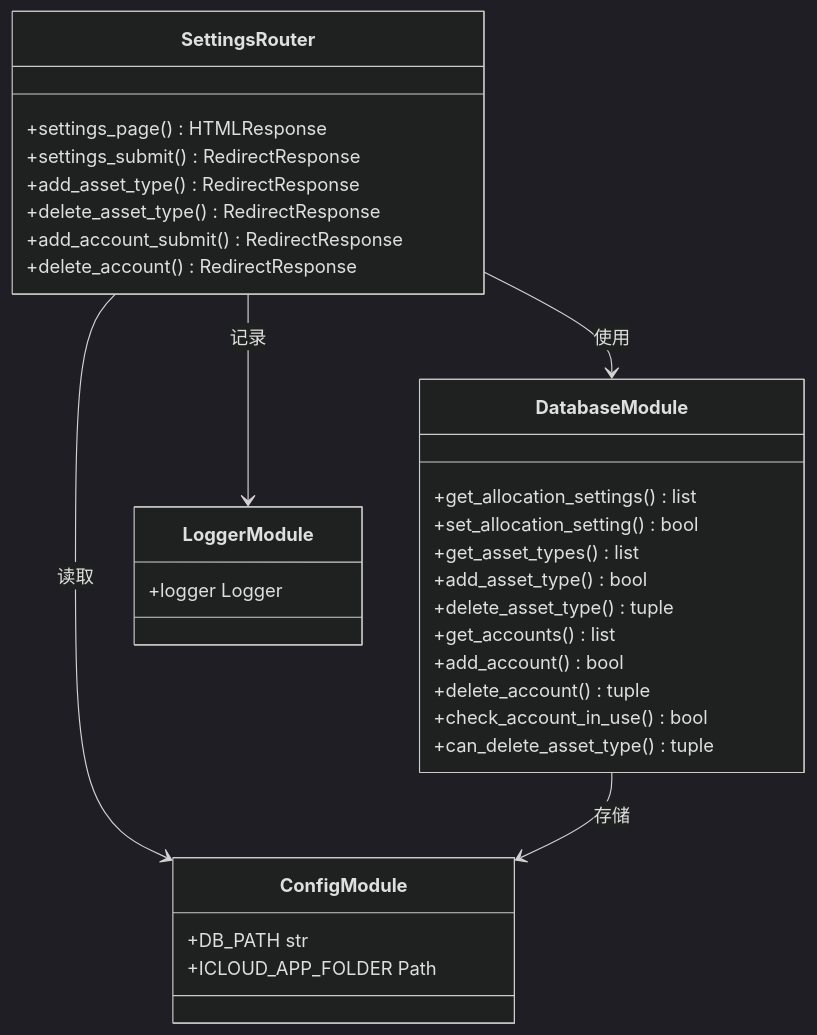
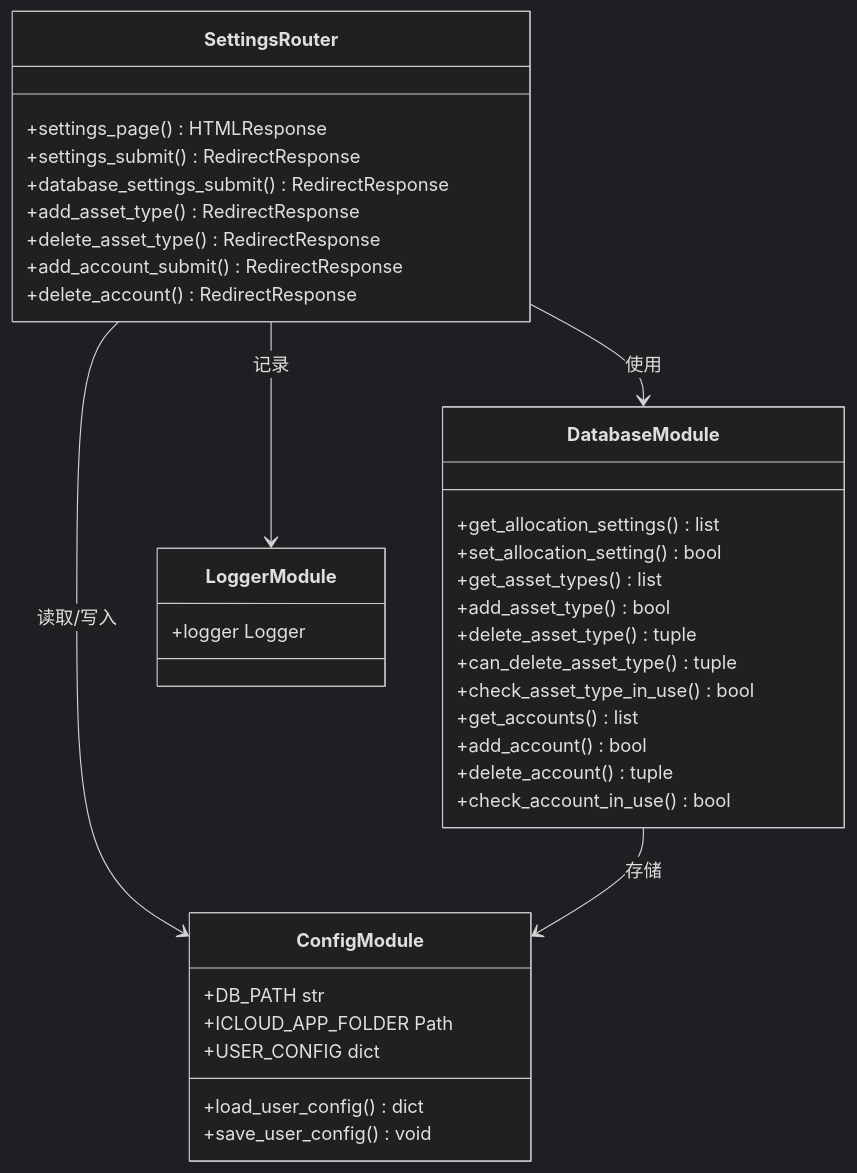
The third of 5 diagrams in .qoder/repowiki/zh/content/路由系统/系统设置路由.md (macrohuang/invest-log), drawn with Mermaid (dark theme) before and after one commit. The commit also changed other lines of this file and 11 other files, not shown here.

````diff
--- a/.qoder/repowiki/zh/content/路由系统/系统设置路由.md
+++ b/.qoder/repowiki/zh/content/路由系统/系统设置路由.md
@@ -132,34 +156,39 @@
 ```mermaid
 classDiagram
 class SettingsRouter {
 +settings_page() HTMLResponse
 +settings_submit() RedirectResponse
++database_settings_submit() RedirectResponse
 +add_asset_type() RedirectResponse
 +delete_asset_type() RedirectResponse
 +add_account_submit() RedirectResponse
 +delete_account() RedirectResponse
 }
 class DatabaseModule {
 +get_allocation_settings() list
 +set_allocation_setting() bool
 +get_asset_types() list
 +add_asset_type() bool
 +delete_asset_type() tuple
++can_delete_asset_type() tuple
++check_asset_type_in_use() bool
 +get_accounts() list
 +add_account() bool
 +delete_account() tuple
 +check_account_in_use() bool
-+can_delete_asset_type() tuple
 }
 class ConfigModule {
 +DB_PATH str
 +ICLOUD_APP_FOLDER Path
++USER_CONFIG dict
++load_user_config() dict
++save_user_config() void
 }
 class LoggerModule {
 +logger Logger
 }
 SettingsRouter --> DatabaseModule : 使用
-SettingsRouter --> ConfigModule : 读取
+SettingsRouter --> ConfigModule : 读取/写入
 SettingsRouter --> LoggerModule : 记录
 DatabaseModule --> ConfigModule : 存储
 ```
````
